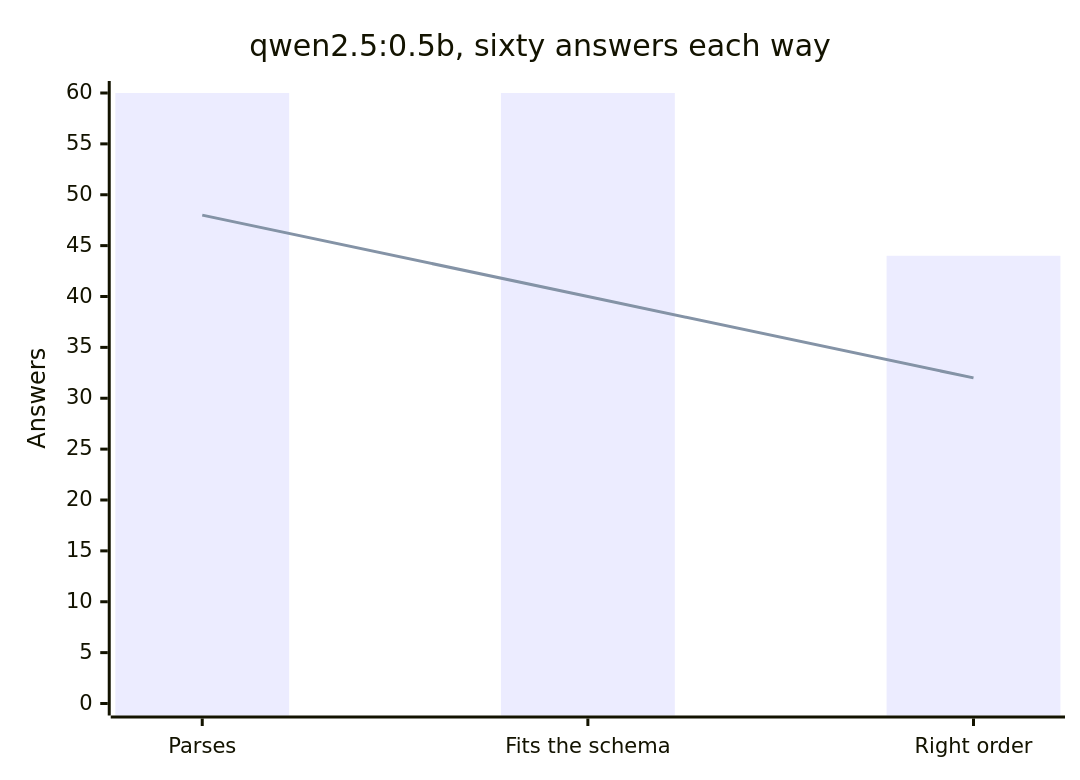
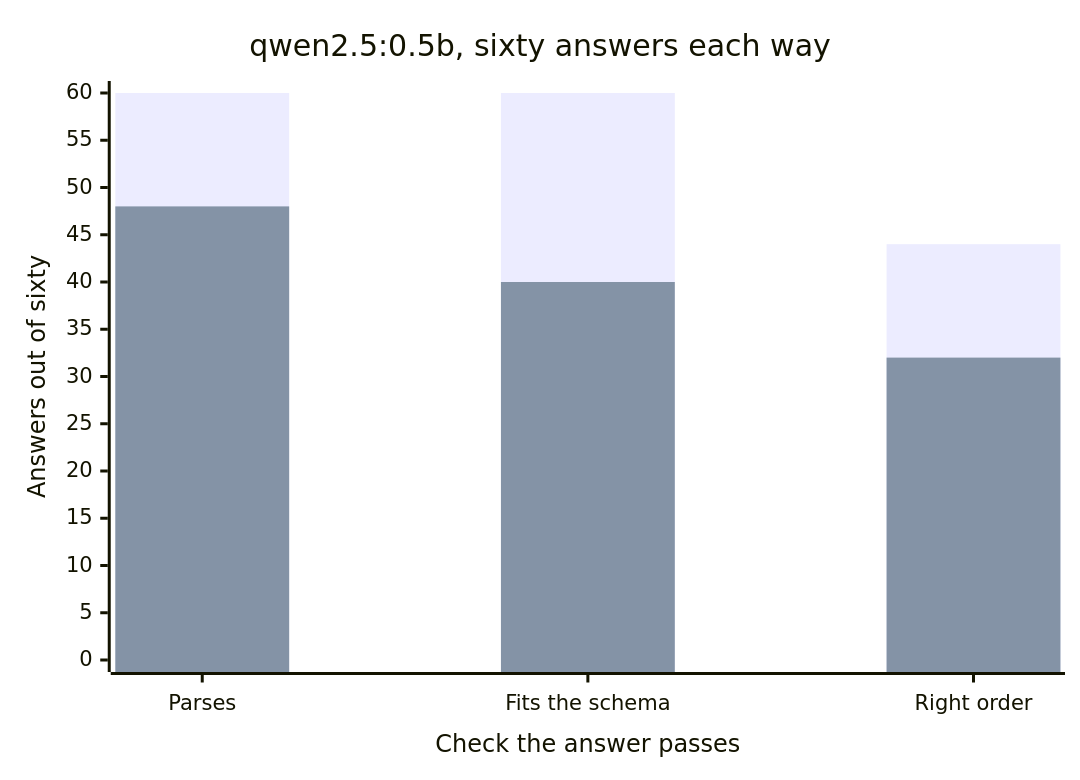
One commit to profrodai/sovereign-agent changed the second of 5 diagrams in book/textbook/ch02/profrod-sovereign-agent-ch02-pydantic-shop-tools-chapter.md. Above: the diagram before and after it, drawn with Mermaid. The commit also changed other lines of this file and 14 other files, not shown here.

First line of the commit message:
Make every chart readable on its own: named series, titled axes, captions that explain

````diff
--- a/book/textbook/ch02/profrod-sovereign-agent-ch02-pydantic-shop-tools-chapter.md
+++ b/book/textbook/ch02/profrod-sovereign-agent-ch02-pydantic-shop-tools-chapter.md
@@ -167,8 +167,8 @@
 ```mermaid
 xychart-beta
     title "qwen2.5:0.5b, sixty answers each way"
-    x-axis ["Parses", "Fits the schema", "Right order"]
-    y-axis "Answers" 0 --> 60
-    bar [60, 60, 44]
-    line [48, 40, 32]
+    x-axis "Check the answer passes" ["Parses", "Fits the schema", "Right order"]
+    y-axis "Answers out of sixty" 0 --> 60
+    bar "Schema enforced" [60, 60, 44]
+    bar "JSON asked for in the prompt" [48, 40, 32]
 ```
````
